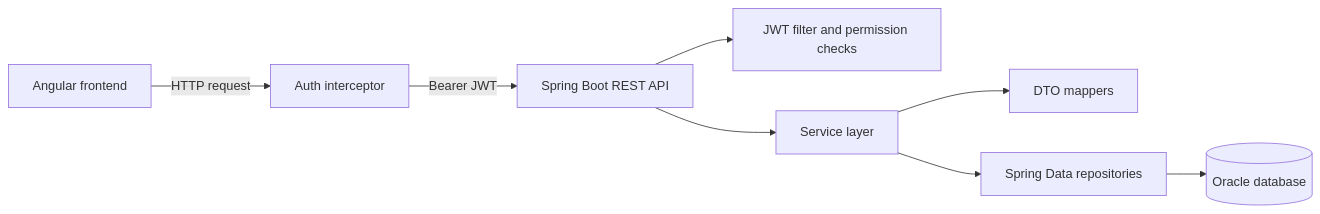
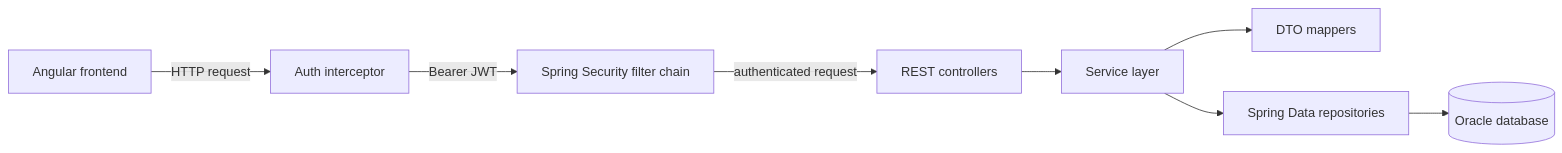
Before and after one commit to CatalinMicu/eos-task-platform: the diagram in README.md, drawn with Mermaid.

Commit message:
Correct architecture diagram

````diff
--- a/README.md
+++ b/README.md
@@ -58,10 +58,10 @@
 ```mermaid
 flowchart LR
     UI[Angular frontend] -->|HTTP request| INT[Auth interceptor]
-    INT -->|Bearer JWT| API[Spring Boot REST API]
-    API --> SEC[JWT filter and permission checks]
-    API --> SVC[Service layer]
+    INT -->|Bearer JWT| SEC[Spring Security filter chain]
+    SEC -->|authenticated request| CTRL[REST controllers]
+    CTRL --> SVC[Service layer]
     SVC --> MAP[DTO mappers]
     SVC --> REPO[Spring Data repositories]
     REPO --> DB[(Oracle database)]
 ```
````
